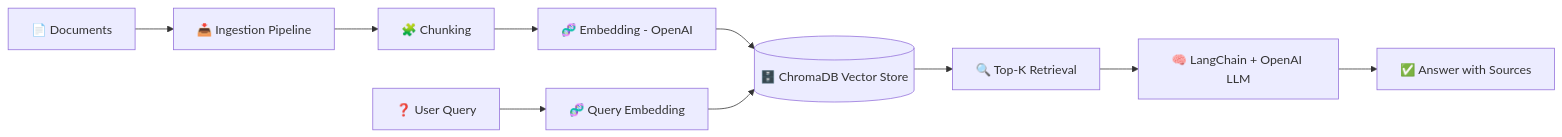
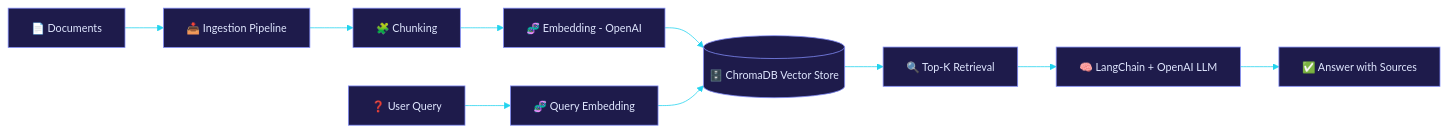
Before and after one commit to MohammedAnas21/MohammedAnas21: the fifth of 11 diagrams in README.md, drawn with Mermaid. The commit also changed other lines of this file, not shown here.

````diff
--- a/README.md
+++ b/README.md
@@ -301,12 +333,13 @@
 ```mermaid
+%%{init: {"theme": "base", "themeVariables": {"primaryColor": "#1e1b4b", "primaryTextColor": "#e0e7ff", "primaryBorderColor": "#818cf8", "lineColor": "#22d3ee", "secondaryColor": "#312e81", "tertiaryColor": "#0f172a", "fontFamily": "JetBrains Mono, monospace", "fontSize": "14px"}}}%%
 flowchart LR
     D["📄 Documents"] --> I["📥 Ingestion Pipeline"]
     I --> C["🧩 Chunking"]
     C --> E["🧬 Embedding - OpenAI"]
     E --> V[("🗄️ ChromaDB Vector Store")]
     Q["❓ User Query"] --> QE["🧬 Query Embedding"]
     QE --> V
     V --> RT["🔍 Top-K Retrieval"]
     RT --> L["🧠 LangChain + OpenAI LLM"]
     L --> A["✅ Answer with Sources"]
 ```
````
